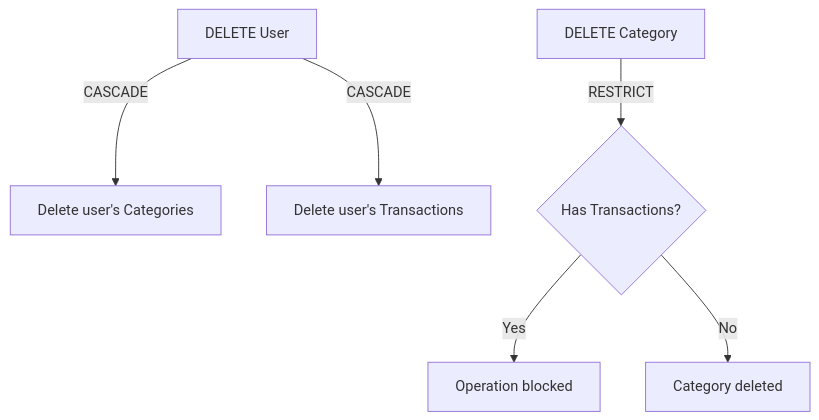
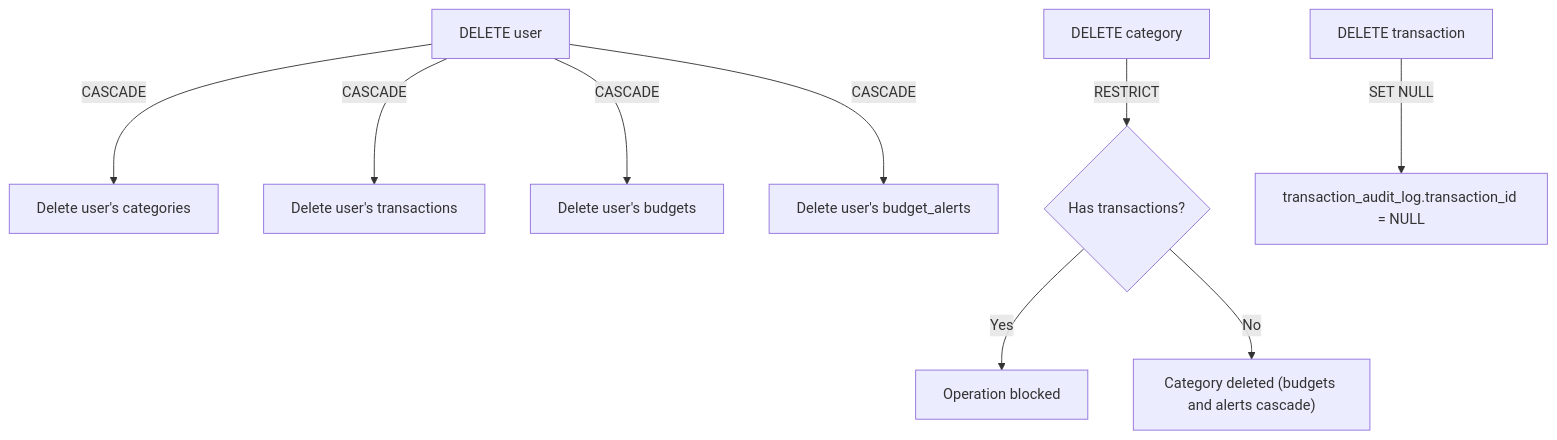
Before and after one commit to diaz3618/personal-finance-cs5356: the third of 3 diagrams in database/docs/diagrams/eer_diagram.md, drawn with Mermaid. The commit also changed other lines of this file and 1 other file, not shown here.

First line of the commit message:
Update ER and EER diagrams to the final 6-table schema

````diff
--- a/database/docs/diagrams/eer_diagram.md
+++ b/database/docs/diagrams/eer_diagram.md
@@ -65,8 +117,11 @@
 ```mermaid
 flowchart TD
-    U["DELETE User"] -->|CASCADE| C["Delete user's Categories"]
-    U -->|CASCADE| T["Delete user's Transactions"]
-    C2["DELETE Category"] -->|RESTRICT| X{"Has Transactions?"}
+    U["DELETE user"] -->|CASCADE| C["Delete user's categories"]
+    U -->|CASCADE| T["Delete user's transactions"]
+    U -->|CASCADE| Bg["Delete user's budgets"]
+    U -->|CASCADE| Ba["Delete user's budget_alerts"]
+    C2["DELETE category"] -->|RESTRICT| X{"Has transactions?"}
     X -- Yes --> BLOCK["Operation blocked"]
-    X -- No --> OK["Category deleted"]
+    X -- No --> OK["Category deleted (budgets and alerts cascade)"]
+    Tx["DELETE transaction"] -->|SET NULL| Audit["transaction_audit_log.transaction_id = NULL"]
 ```
````
